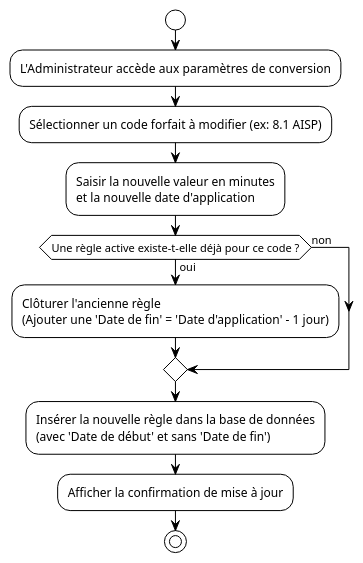
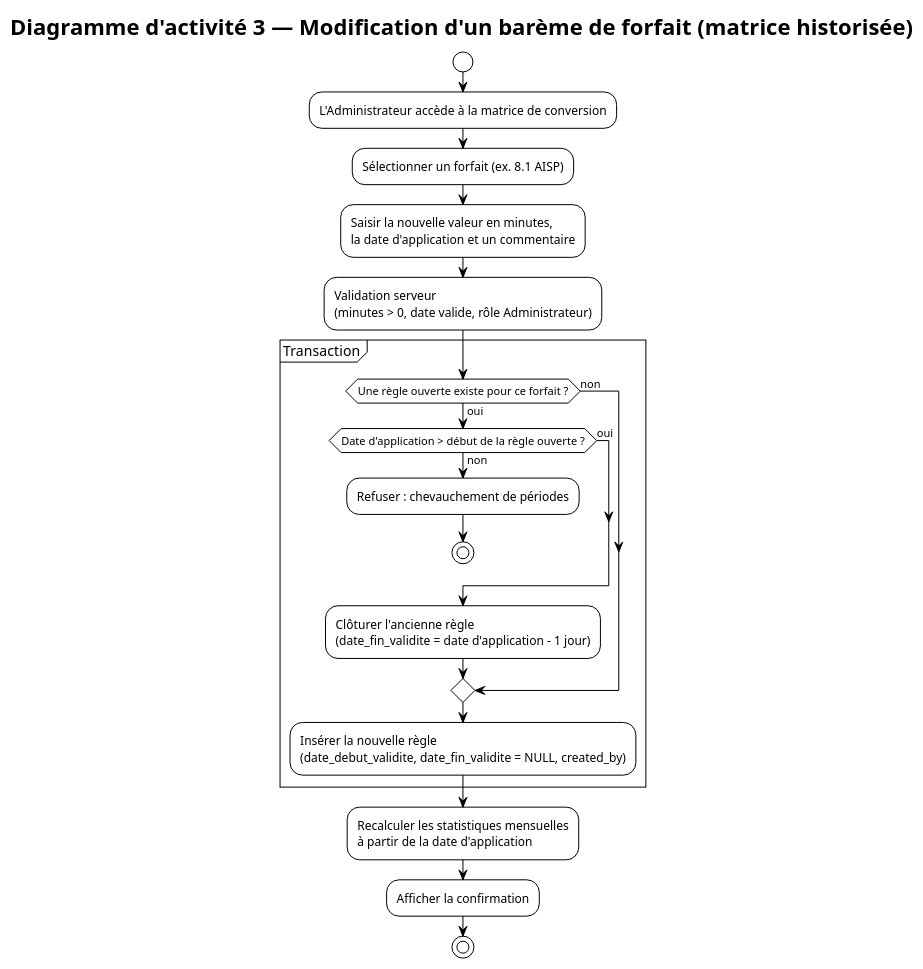
The diagram in diagrammes d'activité/diagramme_d'activité_3.md (midjix/plantuml), drawn with PlantUML before and after one commit. The commit also changed 12 other files, not shown here.

First line of the commit message:
docs(uml): align diagrams with validated business rules and source access

````diff
--- a/diagrammes d'activité/diagramme_d'activité_3.md
+++ b/diagrammes d'activité/diagramme_d'activité_3.md
@@ -1,20 +1,32 @@
 ```plantuml
 @startuml
 !theme plain
+title Diagramme d'activité 3 — Modification d'un barème de forfait (matrice historisée)
 
 start
-:L'Administrateur accède aux paramètres de conversion;
-:Sélectionner un code forfait à modifier (ex: 8.1 AISP);
-:Saisir la nouvelle valeur en minutes\net la nouvelle date d'application;
+:L'Administrateur accède à la matrice de conversion;
+:Sélectionner un forfait (ex. 8.1 AISP);
+:Saisir la nouvelle valeur en minutes,\nla date d'application et un commentaire;
 
-if (Une règle active existe-t-elle déjà pour ce code ?) then (oui)
-  :Clôturer l'ancienne règle\n(Ajouter une 'Date de fin' = 'Date d'application' - 1 jour);
-else (non)
-endif
+:Validation serveur\n(minutes > 0, date valide, rôle Administrateur);
 
-:Insérer la nouvelle règle dans la base de données\n(avec 'Date de début' et sans 'Date de fin');
-:Afficher la confirmation de mise à jour;
+partition "Transaction" {
+  if (Une règle ouverte existe pour ce forfait ?) then (oui)
+    if (Date d'application > début de la règle ouverte ?) then (non)
+      :Refuser : chevauchement de périodes;
+      stop
+    else (oui)
+    endif
+    :Clôturer l'ancienne règle\n(date_fin_validite = date d'application - 1 jour);
+  else (non)
+  endif
+
+  :Insérer la nouvelle règle\n(date_debut_validite, date_fin_validite = NULL, created_by);
+}
+
+:Recalculer les statistiques mensuelles\nà partir de la date d'application;
+:Afficher la confirmation;
 
 stop
 @enduml
 ```
````
